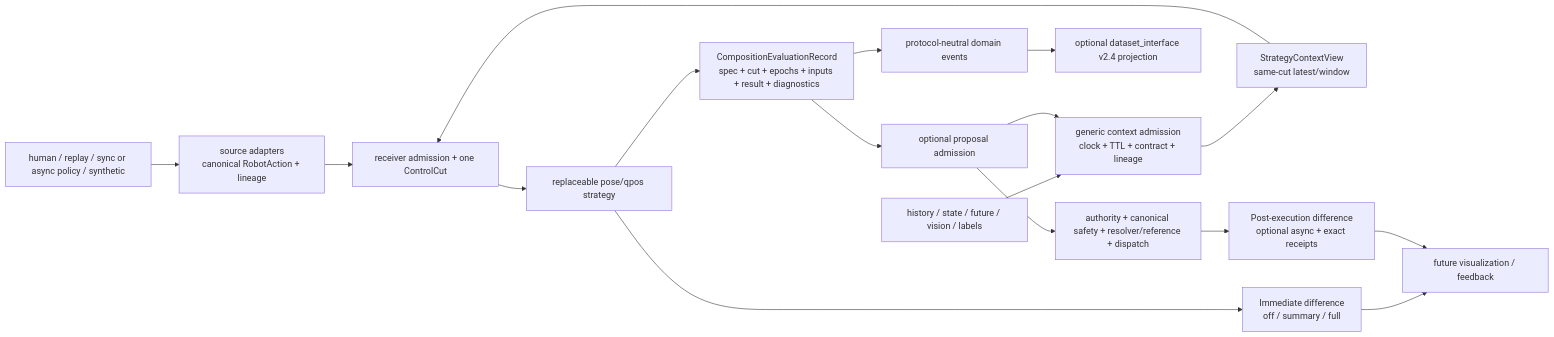
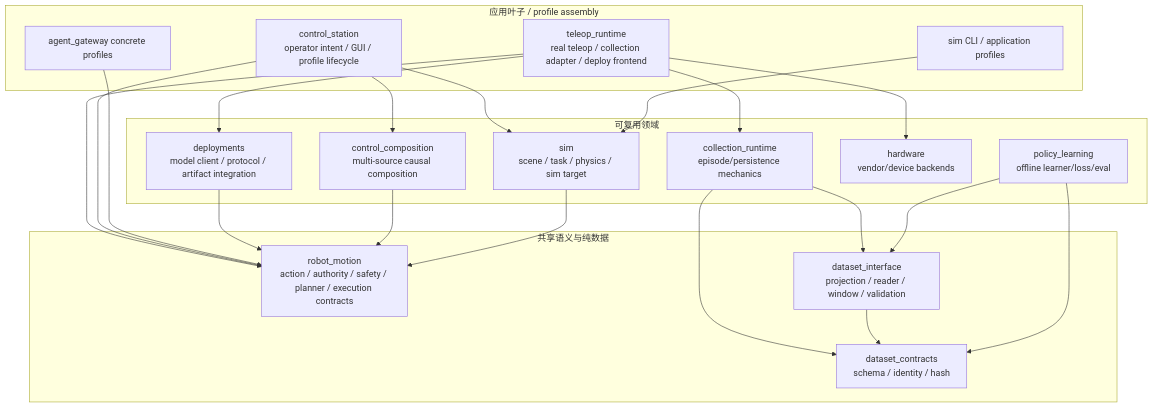
Before and after one commit to xiaopangxiexyg/AgenticRobot: the first of 9 diagrams in docs/architecture/dexteleop_architecture_visual_guide.md, drawn with Mermaid. The commit also changed other lines of this file and 3 other files, not shown here.

Commit message:
docs: refresh the architecture visual guide

````diff
--- a/docs/architecture/dexteleop_architecture_visual_guide.md
+++ b/docs/architecture/dexteleop_architecture_visual_guide.md
@@ -43,19 +20,42 @@
 ```mermaid
-flowchart LR
-    S["human / replay / sync or async policy / synthetic"] --> A["source adapters<br/>canonical RobotAction + lineage"]
-    M["history / state / future / vision / labels"] --> XA["generic context admission<br/>clock + TTL + contract + lineage"]
-    P["CompositionInformationPlan<br/>predeclared channels/contracts/access"] --> XA
-    XA --> X["StrategyContextView<br/>same-cut latest/window"]
-    A --> C["receiver admission + one ControlCut"]
-    X --> C
-    C --> F["replaceable pose/qpos strategy"]
-    F --> R["CompositionEvaluationRecord<br/>spec + cut + epochs + inputs + result + diagnostics"]
-    R --> O["protocol-neutral domain events"]
-    O --> T["optional dataset_interface v2.4 projection"]
-    F --> D["Immediate difference<br/>off / summary / full"]
-    R --> P["optional proposal admission"]
-    P --> Q["authority + canonical safety + resolver/reference + dispatch"]
-    Q --> E["Post-execution difference<br/>optional async + exact receipts"]
-    D --> V["future visualization / feedback"]
-    E --> V
+flowchart TB
+    subgraph Apps["应用叶子 / profile assembly"]
+        TR["teleop_runtime<br/>real teleop / collection adapter / deploy frontend"]
+        CS["control_station<br/>operator intent / GUI / profile lifecycle"]
+        CLI["sim CLI / application profiles"]
+        AGP["agent_gateway concrete profiles"]
+    end
+
+    subgraph Domains["可复用领域"]
+        CR["collection_runtime<br/>episode/persistence mechanics"]
+        DEP["deployments<br/>model client / protocol / artifact integration"]
+        CC["control_composition<br/>multi-source causal composition"]
+        SIM["sim<br/>scene / task / physics / sim target"]
+        HW["hardware<br/>vendor/device backends"]
+        PL["policy_learning<br/>offline learner/loss/eval"]
+    end
+
+    subgraph Shared["共享语义与纯数据"]
+        RM["robot_motion<br/>action / authority / safety / planner / execution contracts"]
+        DI["dataset_interface<br/>projection / reader / window / validation"]
+        DC["dataset_contracts<br/>schema / identity / hash"]
+    end
+
+    TR --> CR
+    TR --> DEP
+    TR --> RM
+    TR --> HW
+    CS --> CC
+    CS --> SIM
+    CS --> RM
+    CLI --> SIM
+    AGP --> RM
+    DEP --> RM
+    CC --> RM
+    SIM --> RM
+    CR --> DI
+    CR --> DC
+    DI --> DC
+    PL --> DI
+    PL --> DC
 ```
````
